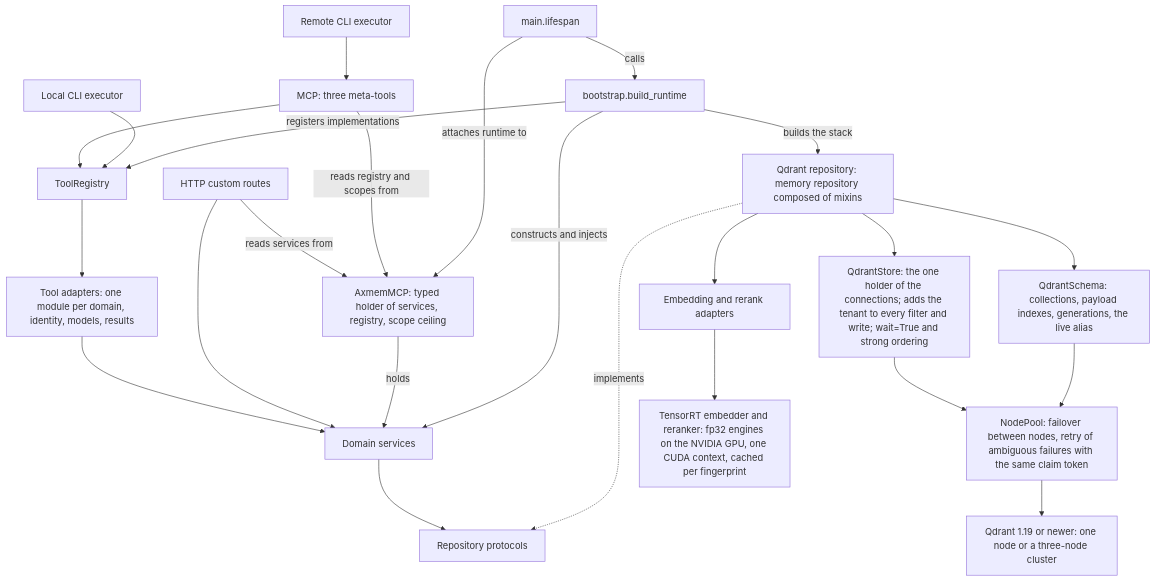
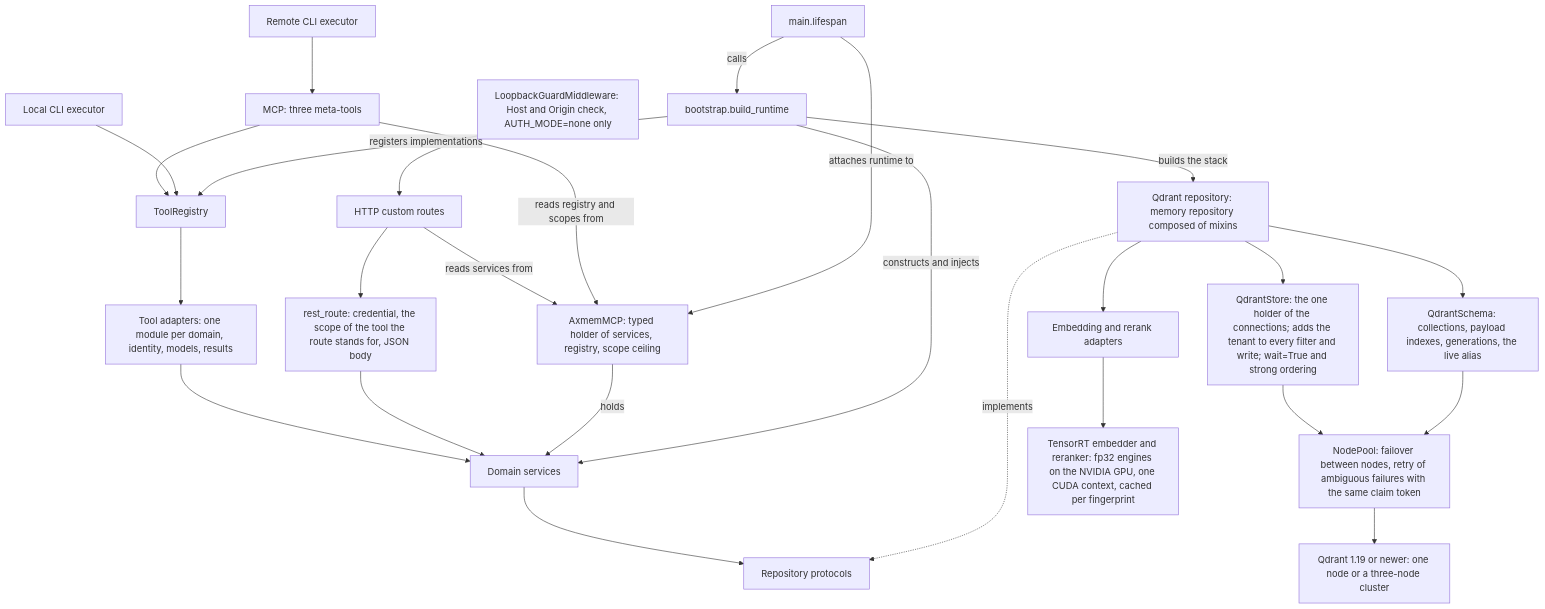
The diagram in architecture.md (Axiumine/axmem), drawn with Mermaid before and after one commit. The commit also changed other lines of this file and 46 other files, not shown here.

First line of the commit message:
🤖 fix(auth): check issuer, audience and exp, enforce scopes on REST routes, guard credential-free HTTP, refuse a lone FORGETFUL_SCOPES

````diff
--- a/architecture.md
+++ b/architecture.md
@@ -33,27 +34,29 @@
 ```mermaid
 flowchart TD
     MCP["MCP: three meta-tools"] --> Registry["ToolRegistry"]
     Local["Local CLI executor"] --> Registry
     Remote["Remote CLI executor"] --> MCP
     Registry --> ToolAdapters["Tool adapters: one module per domain, identity, models, results"]
     ToolAdapters --> Services["Domain services"]
-    HTTP["HTTP custom routes"] --> Services
+    Guard["LoopbackGuardMiddleware: Host and Origin check, AUTH_MODE=none only"] --> HTTP
+    HTTP["HTTP custom routes"] --> Access["rest_route: credential, the scope of the tool the route stands for, JSON body"]
+    Access --> Services
     Server["AxmemMCP: typed holder of services, registry, scope ceiling"]
     HTTP -->|reads services from| Server
     MCP -->|reads registry and scopes from| Server
     Server -->|holds| Services
     Services --> Contracts["Repository protocols"]
     Qdrant["Qdrant repository: memory repository composed of mixins"] -. implements .-> Contracts
     Qdrant --> Store["QdrantStore: the one holder of the connections; adds the tenant to every filter and write; wait=True and strong ordering"]
     Qdrant --> Schema["QdrantSchema: collections, payload indexes, generations, the live alias"]
     Store --> Pool["NodePool: failover between nodes, retry of ambiguous failures with the same claim token"]
     Schema --> Pool
     Pool --> QdrantDB["Qdrant 1.19 or newer: one node or a three-node cluster"]
     Qdrant --> Providers["Embedding and rerank adapters"]
     Providers --> TensorRT["TensorRT embedder and reranker: fp32 engines on the NVIDIA GPU, one CUDA context, cached per fingerprint"]
     Lifespan["main.lifespan"] -->|calls| Bootstrap["bootstrap.build_runtime"]
     Lifespan -->|attaches runtime to| Server
     Bootstrap -->|constructs and injects| Services
     Bootstrap -->|registers implementations| Registry
     Bootstrap -->|builds the stack| Qdrant
 ```
````
